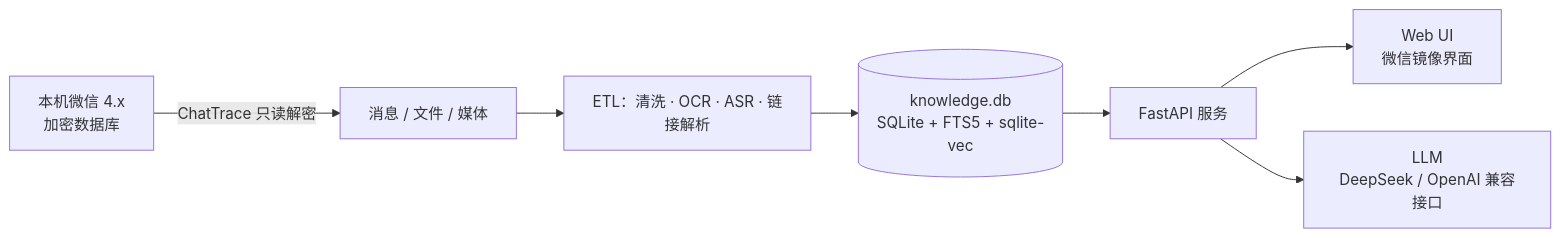
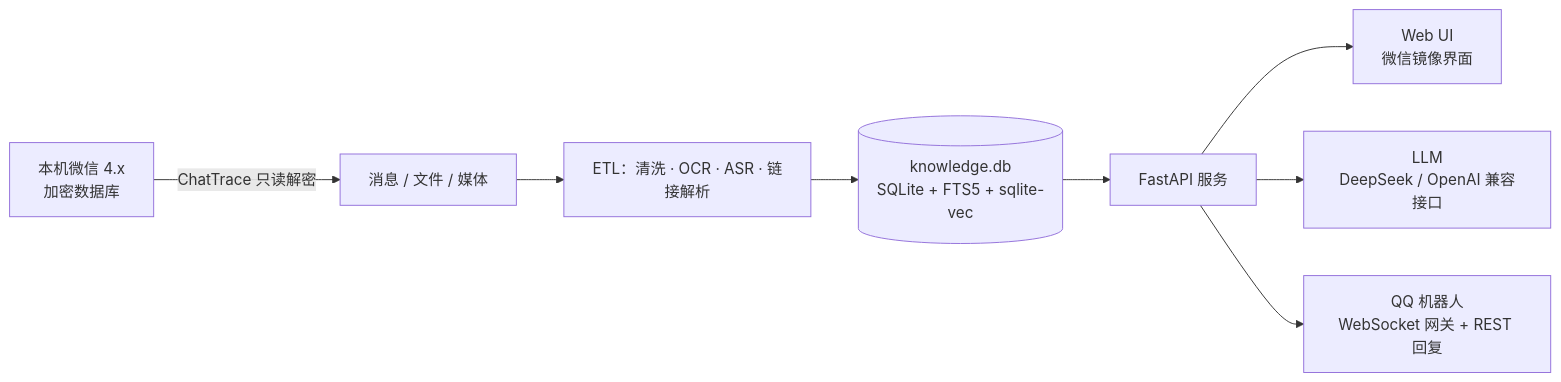
One commit to rhouselyn/qwent changed the diagram in README.md. Above: the diagram before and after it, drawn with Mermaid. The commit also changed other lines of this file and 4 other files, not shown here.

````diff
--- a/README.md
+++ b/README.md
@@ -84,9 +85,10 @@
 ```mermaid
 flowchart LR
   A[本机微信 4.x<br/>加密数据库] -->|ChatTrace 只读解密| B[消息 / 文件 / 媒体]
   B --> C[ETL：清洗 · OCR · ASR · 链接解析]
   C --> D[(knowledge.db<br/>SQLite + FTS5 + sqlite-vec)]
   D --> E[FastAPI 服务]
   E --> F[Web UI<br/>微信镜像界面]
   E --> G[LLM<br/>DeepSeek / OpenAI 兼容接口]
+  E --> H[QQ 机器人<br/>WebSocket 网关 + REST 回复]
 ```
````
